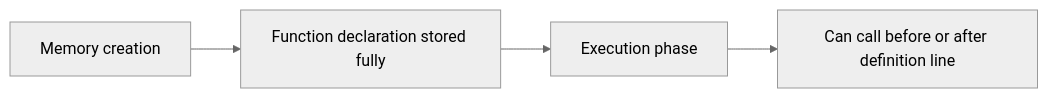
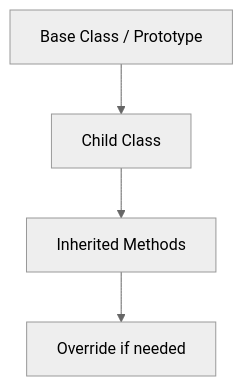
The tenth of 16 diagrams in JavaScript-Beginners-Guide.md (AbhishekDhone7/javascript-git-basics), drawn with Mermaid (neutral theme) before and after one commit. The commit also changed other lines of this file and 1 other file, not shown here.

````diff
--- a/JavaScript-Beginners-Guide.md
+++ b/JavaScript-Beginners-Guide.md
@@ -778,6 +724,6 @@
 ```mermaid
-flowchart LR
-A[Memory creation] --> B[Function declaration stored fully]
-B --> C[Execution phase]
-C --> D[Can call before or after definition line]
+flowchart TD
+A[Base Class / Prototype] --> B[Child Class]
+B --> C[Inherited Methods]
+C --> D[Override if needed]
 ```
````
